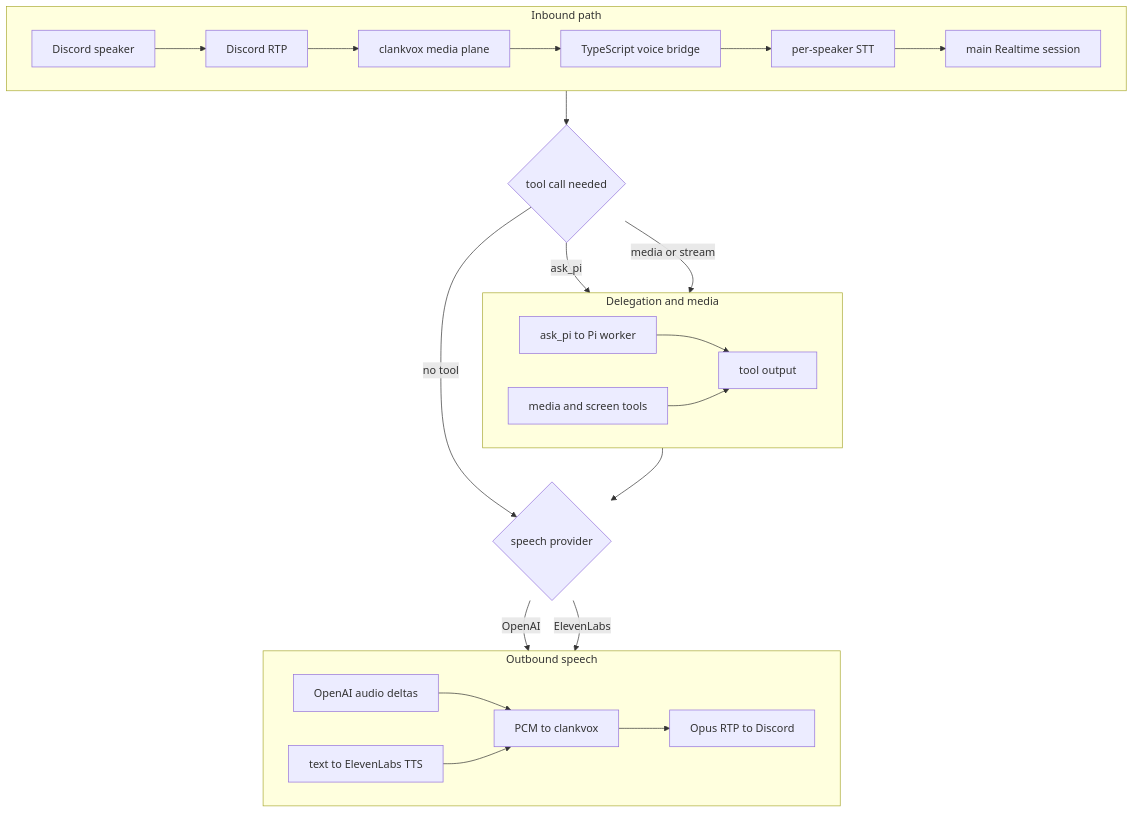
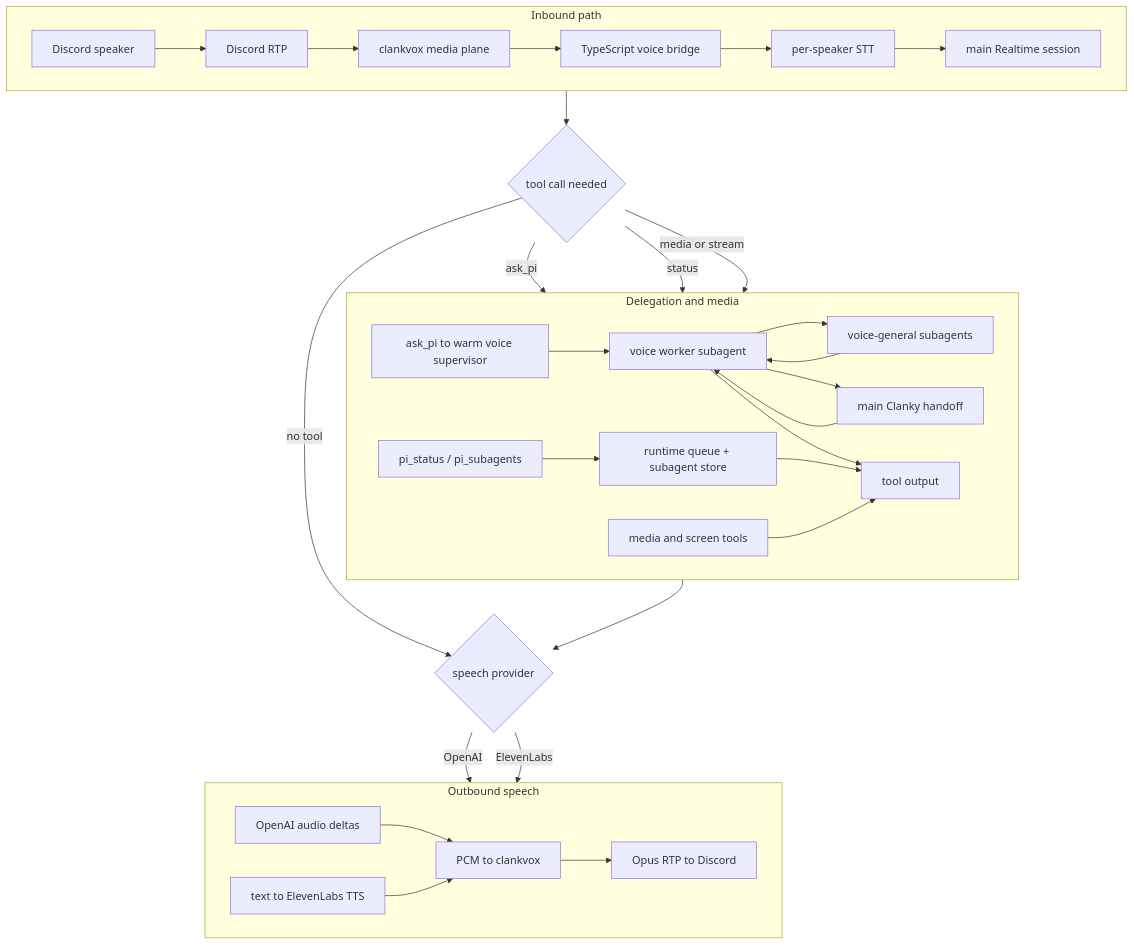
The diagram in docs/discord-voice-architecture.md (Volpestyle/clanky), drawn with Mermaid before and after one commit. The commit also changed other lines of this file and 25 other files, not shown here.

Commit message:
Add voice supervisor and setup tooling

````diff
--- a/docs/discord-voice-architecture.md
+++ b/docs/discord-voice-architecture.md
@@ -8,34 +8,42 @@
 ```mermaid
 flowchart TB
   subgraph inbound["Inbound path"]
     direction LR
     speaker["Discord speaker"] --> rtp["Discord RTP"]
     rtp --> vox["clankvox media plane"]
     vox --> bridge["TypeScript voice bridge"]
     bridge --> stt["per-speaker STT"]
     stt --> realtime["main Realtime session"]
   end
 
   realtime --> toolChoice{"tool call needed"}
 
   subgraph delegation["Delegation and media"]
     direction LR
-    pi["ask_pi to Pi worker"] --> toolReturn["tool output"]
+    pi["ask_pi to warm voice supervisor"] --> supervisor["voice worker subagent"]
+    supervisor --> general["voice-general subagents"]
+    supervisor --> mainAgent["main Clanky handoff"]
+    general --> supervisor
+    mainAgent --> supervisor
+    supervisor --> toolReturn["tool output"]
+    statusTools["pi_status / pi_subagents"] --> controlState["runtime queue + subagent store"]
+    controlState --> toolReturn
     mediaTools["media and screen tools"] --> toolReturn
   end
 
   toolChoice -->|ask_pi| pi
+  toolChoice -->|status| statusTools
   toolChoice -->|media or stream| mediaTools
   toolChoice -->|no tool| speechChoice
   toolReturn --> speechChoice{"speech provider"}
 
   subgraph outbound["Outbound speech"]
     direction LR
     openaiAudio["OpenAI audio deltas"] --> playback["PCM to clankvox"]
     elevenText["text to ElevenLabs TTS"] --> playback
     playback --> outboundRtp["Opus RTP to Discord"]
   end
 
   speechChoice -->|OpenAI| openaiAudio
   speechChoice -->|ElevenLabs| elevenText
 ```
````
